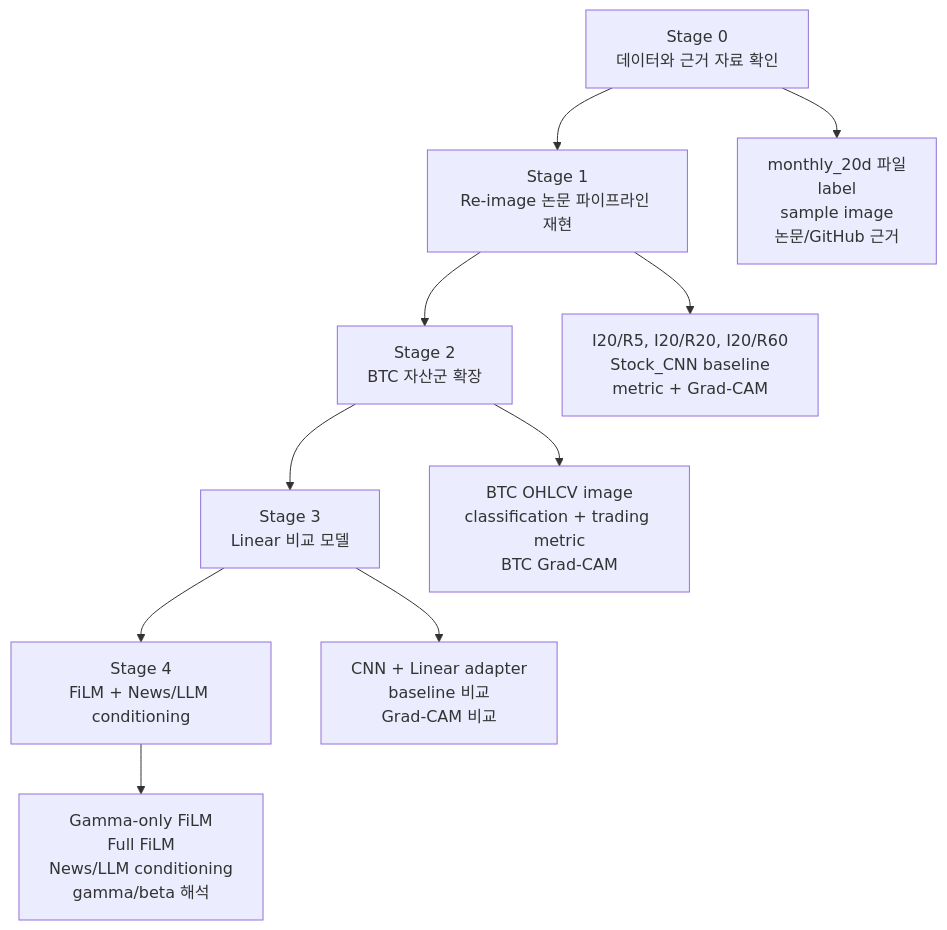
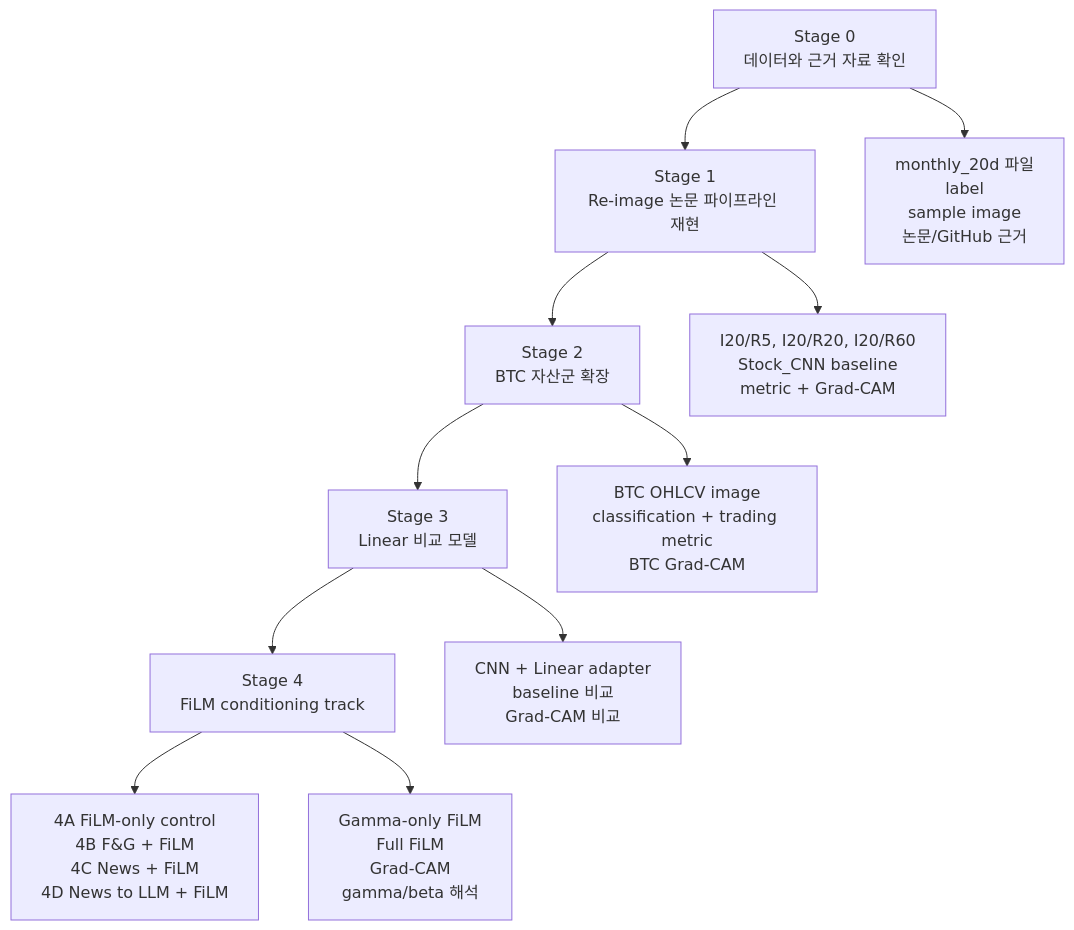
The second of 2 diagrams in docs/overall_pipeline_diagram.md (Jaehyeon-Jeong/Thesis), drawn with Mermaid before and after one commit. The commit also changed other lines of this file and 19 other files, not shown here.

Commit message:
Add stage4 FiLM conditioning scaffold

````diff
--- a/docs/overall_pipeline_diagram.md
+++ b/docs/overall_pipeline_diagram.md
@@ -21,13 +22,14 @@
 ```mermaid
 flowchart TD
     A[Stage 0<br/>데이터와 근거 자료 확인] --> B[Stage 1<br/>Re-image 논문 파이프라인 재현]
     B --> C[Stage 2<br/>BTC 자산군 확장]
     C --> D[Stage 3<br/>Linear 비교 모델]
-    D --> E[Stage 4<br/>FiLM + News/LLM conditioning]
+    D --> E[Stage 4<br/>FiLM conditioning track]
 
     A --> A1[monthly_20d 파일<br/>label<br/>sample image<br/>논문/GitHub 근거]
     B --> B1[I20/R5, I20/R20, I20/R60<br/>Stock_CNN baseline<br/>metric + Grad-CAM]
     C --> C1[BTC OHLCV image<br/>classification + trading metric<br/>BTC Grad-CAM]
     D --> D1[CNN + Linear adapter<br/>baseline 비교<br/>Grad-CAM 비교]
-    E --> E1[Gamma-only FiLM<br/>Full FiLM<br/>News/LLM conditioning<br/>gamma/beta 해석]
+    E --> E1[4A FiLM-only control<br/>4B F&G + FiLM<br/>4C News + FiLM<br/>4D News to LLM + FiLM]
+    E --> E2[Gamma-only FiLM<br/>Full FiLM<br/>Grad-CAM<br/>gamma/beta 해석]
 ```
````
